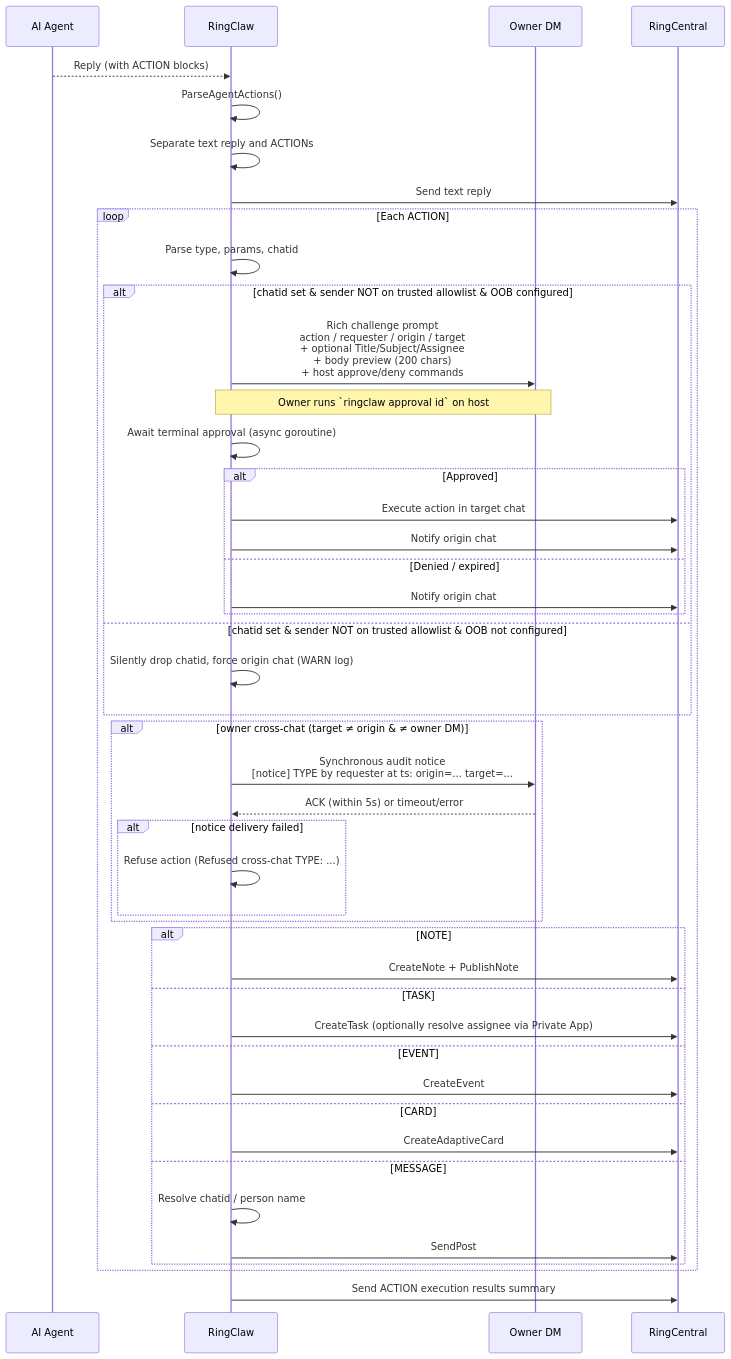
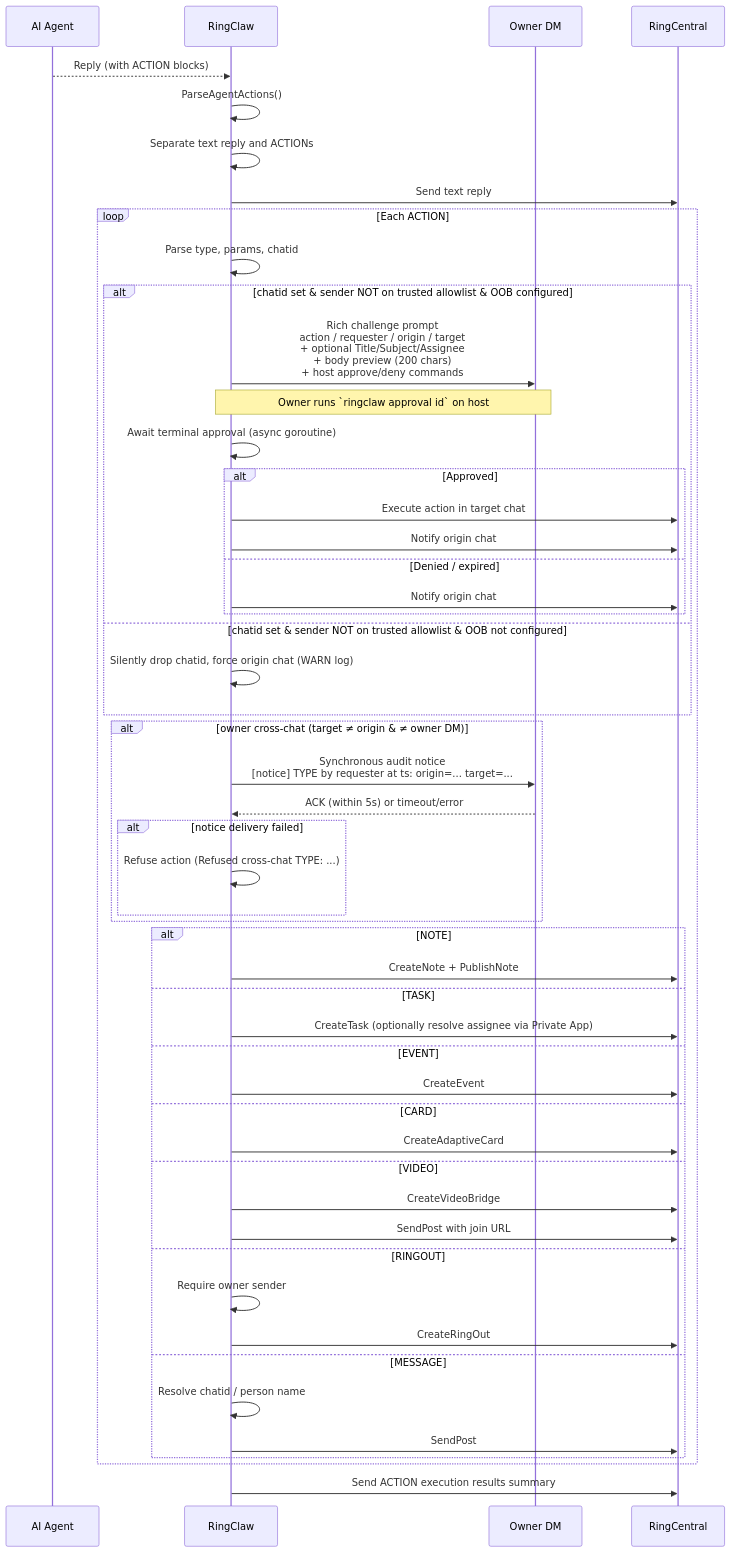
One commit to ringclaw/ringclaw changed the diagram in docs/features/actions.md. Above: the diagram before and after it, drawn with Mermaid. The commit also changed other lines of this file and 36 other files, not shown here.

````diff
--- a/docs/features/actions.md
+++ b/docs/features/actions.md
@@ -13,48 +13,54 @@
 ```mermaid
 sequenceDiagram
     participant AI as AI Agent
     participant R as RingClaw
     participant O as Owner DM
     participant RC as RingCentral
 
     AI-->>R: Reply (with ACTION blocks)
     R->>R: ParseAgentActions()
     R->>R: Separate text reply and ACTIONs
     R->>RC: Send text reply
     loop Each ACTION
         R->>R: Parse type, params, chatid
         alt chatid set & sender NOT on trusted allowlist & OOB configured
             R->>O: Rich challenge prompt<br/>action / requester / origin / target<br/>+ optional Title/Subject/Assignee<br/>+ body preview (200 chars)<br/>+ host approve/deny commands
             Note over O,R: Owner runs `ringclaw approval id` on host
             R->>R: Await terminal approval (async goroutine)
             alt Approved
                 R->>RC: Execute action in target chat
                 R->>RC: Notify origin chat
             else Denied / expired
                 R->>RC: Notify origin chat
             end
         else chatid set & sender NOT on trusted allowlist & OOB not configured
             R->>R: Silently drop chatid, force origin chat (WARN log)
         end
         alt owner cross-chat (target ≠ origin & ≠ owner DM)
             R->>O: Synchronous audit notice<br/>[notice] TYPE by requester at ts: origin=... target=...
             O-->>R: ACK (within 5s) or timeout/error
             alt notice delivery failed
                 R->>R: Refuse action (Refused cross-chat TYPE: ...)
             end
         end
         alt NOTE
             R->>RC: CreateNote + PublishNote
         else TASK
             R->>RC: CreateTask (optionally resolve assignee via Private App)
         else EVENT
             R->>RC: CreateEvent
         else CARD
             R->>RC: CreateAdaptiveCard
+        else VIDEO
+            R->>RC: CreateVideoBridge
+            R->>RC: SendPost with join URL
+        else RINGOUT
+            R->>R: Require owner sender
+            R->>RC: CreateRingOut
         else MESSAGE
             R->>R: Resolve chatid / person name
             R->>RC: SendPost
         end
     end
     R->>RC: Send ACTION execution results summary
 ```
````
